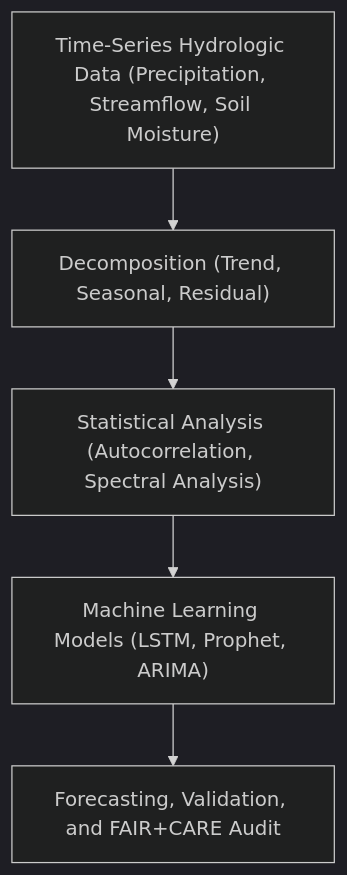
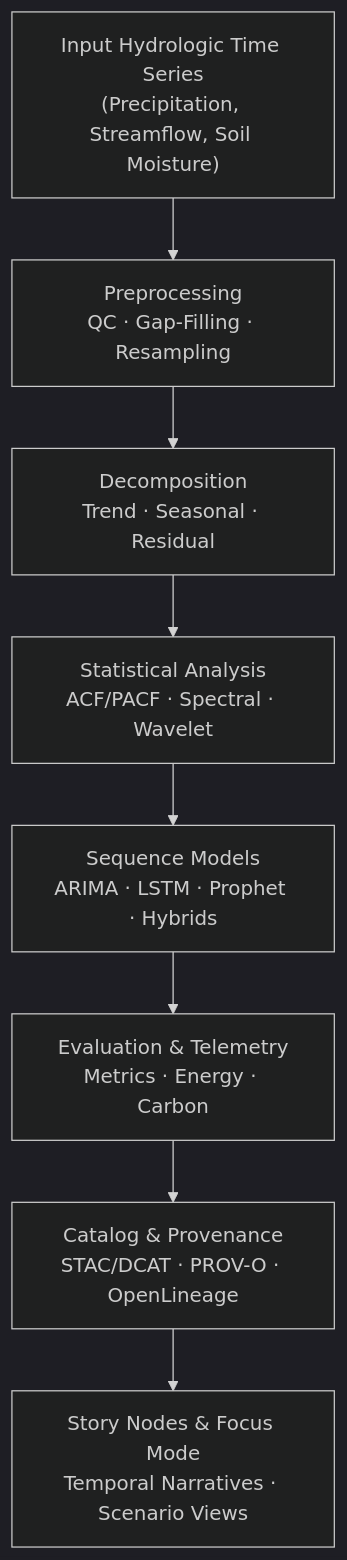
Before and after one commit to bartytime4life/Kansas-Frontier-Matrix: the diagram in docs/analyses/hydrology/methods/temporal-analysis.md, drawn with Mermaid (dark theme). The commit also changed other lines of this file, not shown here.

````diff
--- a/docs/analyses/hydrology/methods/temporal-analysis.md
+++ b/docs/analyses/hydrology/methods/temporal-analysis.md
@@ -49,8 +221,11 @@
 ```mermaid
 flowchart TD
-    A["Time-Series Hydrologic Data (Precipitation, Streamflow, Soil Moisture)"]
-    --> B["Decomposition (Trend, Seasonal, Residual)"]
-    B --> C["Statistical Analysis (Autocorrelation, Spectral Analysis)"]
-    C --> D["Machine Learning Models (LSTM, Prophet, ARIMA)"]
-    D --> E["Forecasting, Validation, and FAIR+CARE Audit"]
+    A["Input Hydrologic Time Series<br/>(Precipitation, Streamflow, Soil Moisture)"]
+        --> B["Preprocessing<br/>QC · Gap-Filling · Resampling"]
+    B --> C["Decomposition<br/>Trend · Seasonal · Residual"]
+    C --> D["Statistical Analysis<br/>ACF/PACF · Spectral · Wavelet"]
+    D --> E["Sequence Models<br/>ARIMA · LSTM · Prophet · Hybrids"]
+    E --> F["Evaluation & Telemetry<br/>Metrics · Energy · Carbon"]
+    F --> G["Catalog & Provenance<br/>STAC/DCAT · PROV-O · OpenLineage"]
+    G --> H["Story Nodes & Focus Mode<br/>Temporal Narratives · Scenario Views"]
 ```
````
